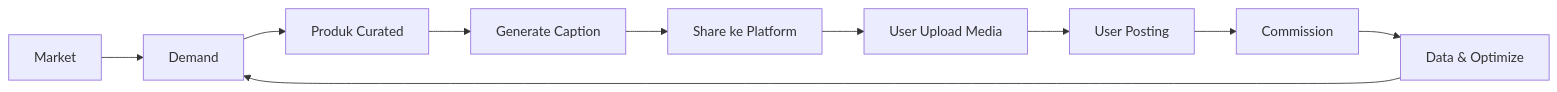
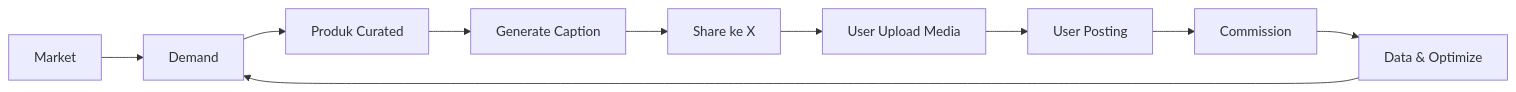
The first of 5 diagrams in PRD.md (nunutech40/affilatorshopee), drawn with Mermaid before and after one commit. The commit also changed other lines of this file and 4 other files, not shown here.

````diff
--- a/PRD.md
+++ b/PRD.md
@@ -62,12 +62,12 @@
 ```mermaid
 flowchart LR
     A[Market] --> B[Demand]
     B --> C[Produk Curated]
     C --> D[Generate Caption]
-    D --> E[Share ke Platform]
+    D --> E[Share ke X]
     E --> F[User Upload Media]
     F --> G[User Posting]
     G --> H[Commission]
     H --> I[Data & Optimize]
     I --> B
 ```
````
